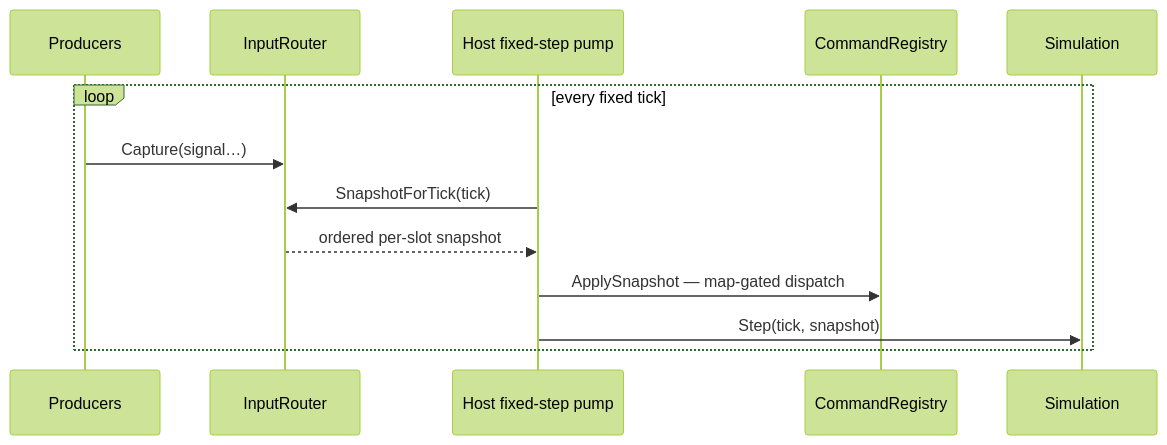
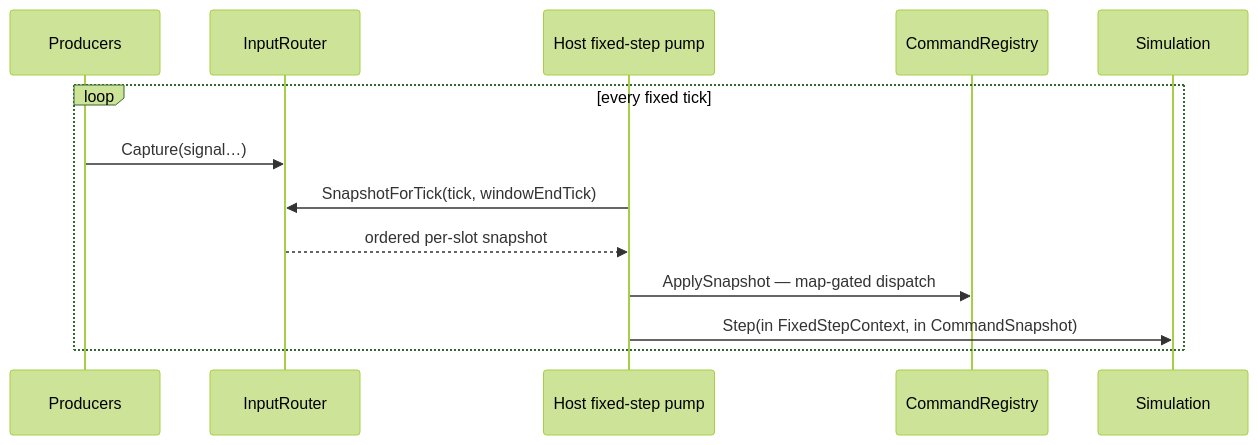
One commit to ByteTerrace/Puck changed the second of 2 diagrams in src/Puck.Commands/README.md. Above: the diagram before and after it, drawn with Mermaid (forest theme). The commit also changed other lines of this file and 3473 other files, not shown here.

````diff
--- a/src/Puck.Commands/README.md
+++ b/src/Puck.Commands/README.md
@@ -68,15 +127,15 @@
 ```mermaid
 sequenceDiagram
     participant P as Producers
     participant R as InputRouter
     participant H as Host fixed-step pump
     participant G as CommandRegistry
     participant S as Simulation
     loop every fixed tick
         P->>R: Capture(signal…)
-        H->>R: SnapshotForTick(tick)
+        H->>R: SnapshotForTick(tick, windowEndTick)
         R-->>H: ordered per-slot snapshot
         H->>G: ApplySnapshot — map-gated dispatch
-        H->>S: Step(tick, snapshot)
+        H->>S: Step(in FixedStepContext, in CommandSnapshot)
     end
 ```
````
